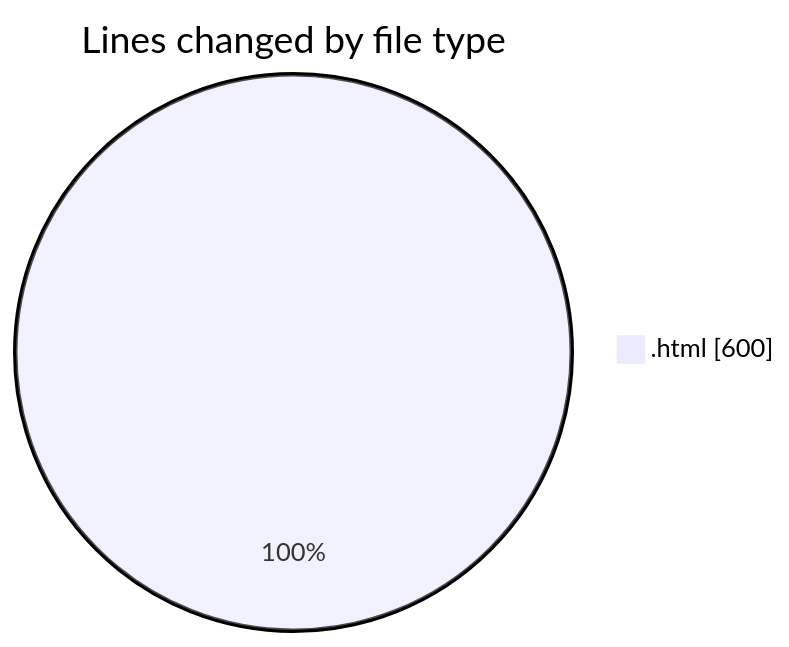
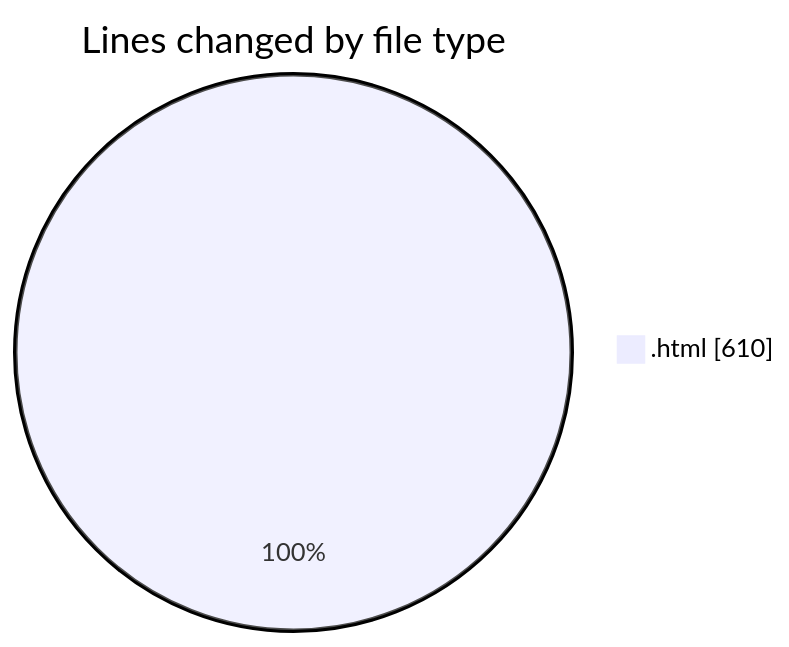
The first of 2 diagrams in 2025-01-13/nueva_carpeta/README.md (LanceThiago/code-tracking), drawn with Mermaid before and after one commit. The commit also changed other lines of this file and 1 other file, not shown here.

````diff
--- a/2025-01-13/nueva_carpeta/README.md
+++ b/2025-01-13/nueva_carpeta/README.md
@@ -20,5 +20,5 @@
 ```mermaid
 pie showData
 title Lines changed by file type
-".html" : 600
+".html" : 610
 ```
````
